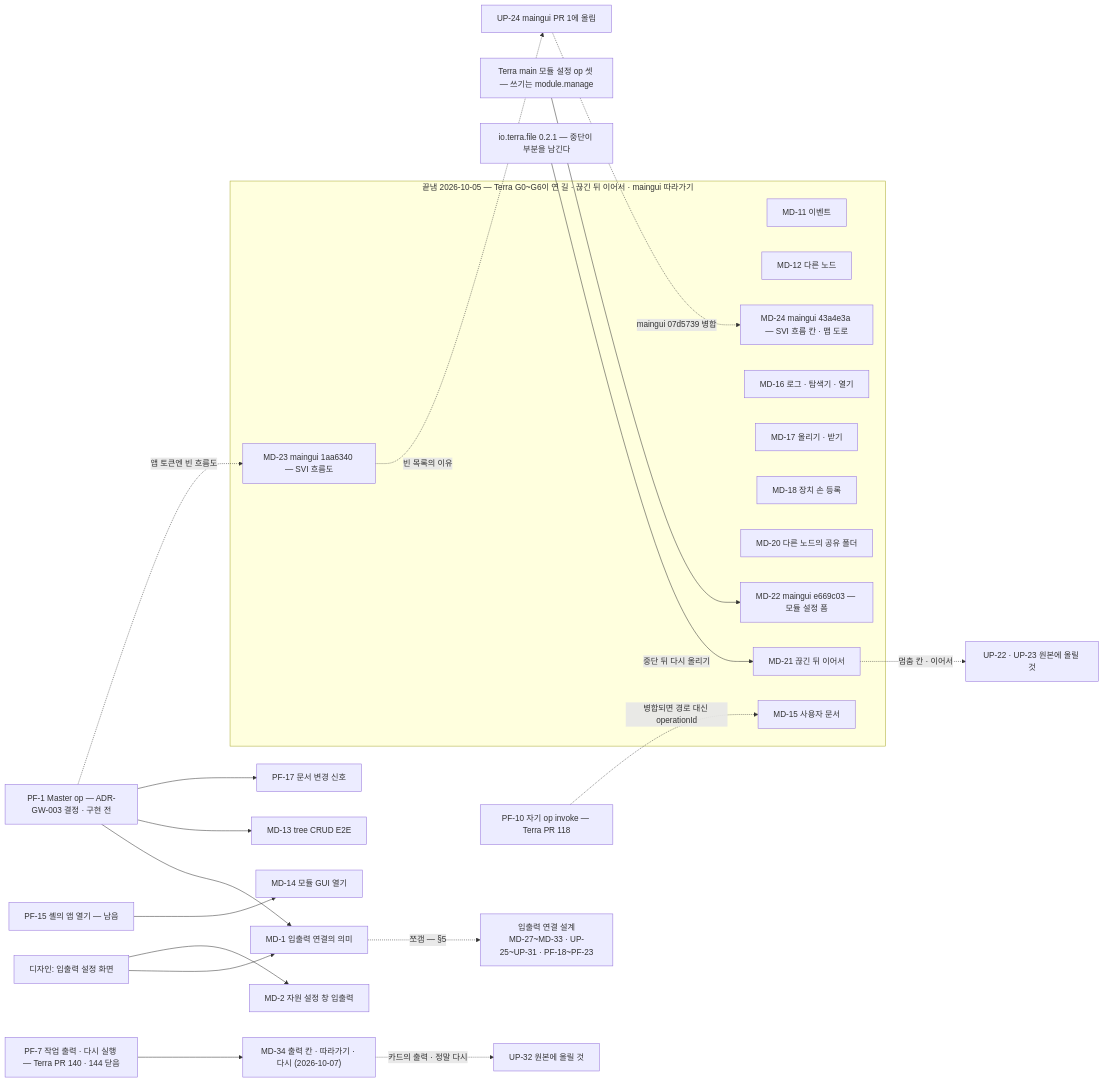
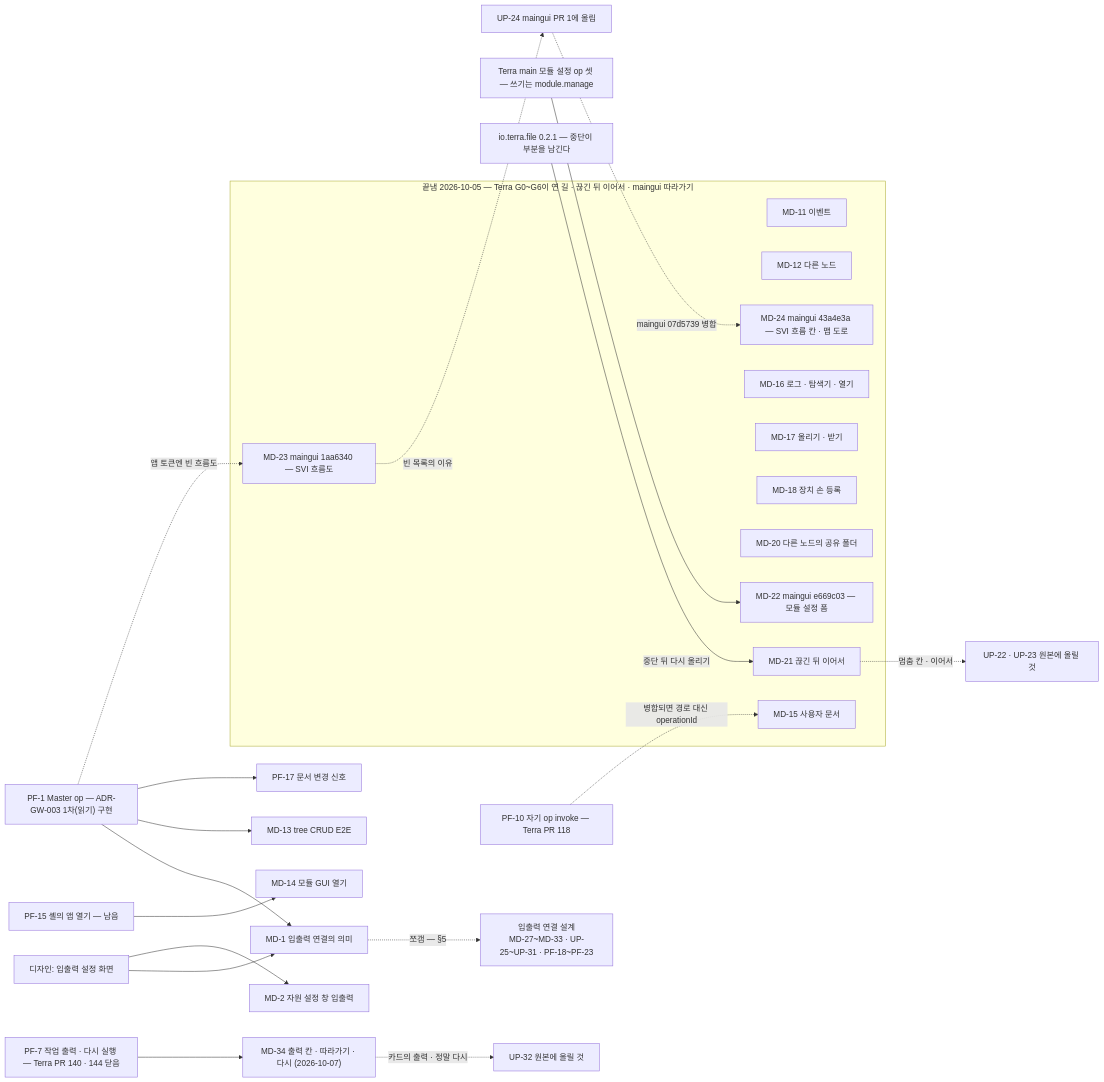
One commit to StellaxiaLab/modules changed the diagram in common/lab.stellaxia.node-gui/web/docs/guides/implementation-backlog.md. Above: the diagram before and after it, drawn with Mermaid. The commit also changed other lines of this file and 3 other files, not shown here.

````diff
--- a/common/lab.stellaxia.node-gui/web/docs/guides/implementation-backlog.md
+++ b/common/lab.stellaxia.node-gui/web/docs/guides/implementation-backlog.md
@@ -55,32 +55,32 @@
 ```mermaid
 flowchart LR
   subgraph DONE["끝냄 2026-10-05 — Terra G0~G6이 연 길 · 끊긴 뒤 이어서 · maingui 따라가기"]
     MD11["MD-11 이벤트"]
     MD12["MD-12 다른 노드"]
     MD15["MD-15 사용자 문서"]
     MD16["MD-16 로그 · 탐색기 · 열기"]
     MD17["MD-17 올리기 · 받기"]
     MD18["MD-18 장치 손 등록"]
     MD20["MD-20 다른 노드의 공유 폴더"]
     MD21["MD-21 끊긴 뒤 이어서"]
     MD22["MD-22 maingui e669c03 — 모듈 설정 폼"]
     MD23["MD-23 maingui 1aa6340 — SVI 흐름도"]
     MD24["MD-24 maingui 43a4e3a — SVI 흐름 칸 · 맵 도로"]
   end
   CFG["Terra main 모듈 설정 op 셋 — 쓰기는 module.manage"] --> MD22
   FILE021["io.terra.file 0.2.1 — 중단이 부분을 남긴다"] -->|"중단 뒤 다시 올리기"| MD21
   MD21 -.->|"멈춤 칸 · 이어서"| UP22["UP-22 · UP-23 원본에 올릴 것"]
   MD23 -.->|"빈 목록의 이유"| UP24["UP-24 maingui PR 1에 올림"]
   UP24 -.->|"maingui 07d5739 병합"| MD24
   PF10["PF-10 자기 op invoke — Terra PR 118"] -.->|"병합되면 경로 대신 operationId"| MD15
-  PF1["PF-1 Master op — ADR-GW-003 결정 · 구현 전"] --> MD1["MD-1 입출력 연결의 의미"]
+  PF1["PF-1 Master op — ADR-GW-003 1차(읽기) 구현"] --> MD1["MD-1 입출력 연결의 의미"]
   PF1 --> MD13["MD-13 tree CRUD E2E"]
   PF1 --> PF17["PF-17 문서 변경 신호"]
   PF1 -.->|"앱 토큰엔 빈 흐름도"| MD23
   PF15["PF-15 셸의 앱 열기 — 남음"] --> MD14["MD-14 모듈 GUI 열기"]
   DES["디자인: 입출력 설정 화면"] --> MD1
   DES --> MD2["MD-2 자원 설정 창 입출력"]
   MD1 -.->|"쪼갬 — §5"| IOD["입출력 연결 설계<br/>MD-27~MD-33 · UP-25~UP-31 · PF-18~PF-23"]
   PF7["PF-7 작업 출력 · 다시 실행 — Terra PR 140 · 144 닫음"] --> MD34["MD-34 출력 칸 · 따라가기 · 다시 (2026-10-07)"]
   MD34 -.->|"카드의 출력 · 정말 다시"| UP32["UP-32 원본에 올릴 것"]
 ```
````
